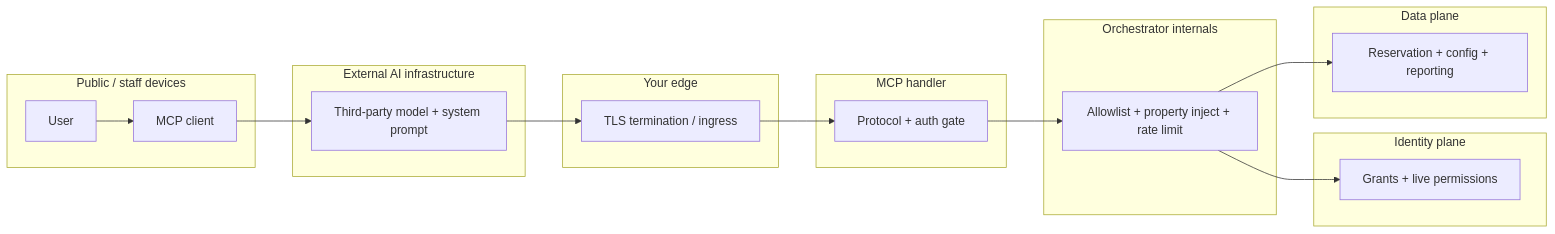
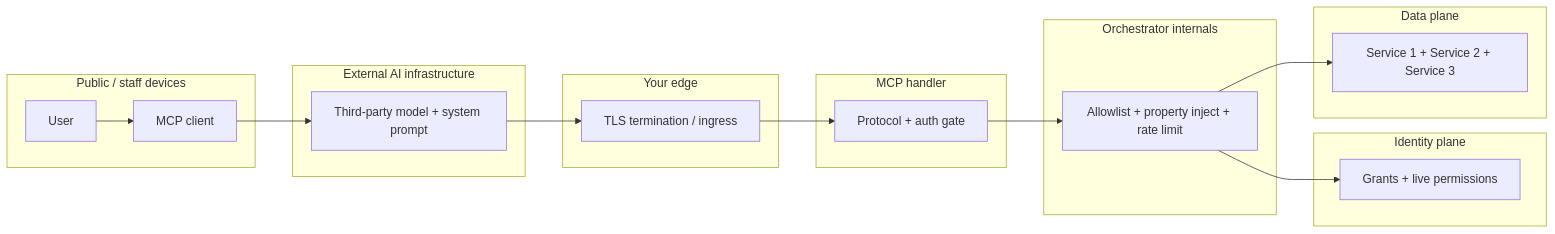
Before and after one commit to sahsisunny/Personal-Portfolio: the sixth of 10 diagrams in content/blog/hotel-pms-mcp-tool-server.mdx, drawn with Mermaid. The commit also changed other lines of this file and 5 other files, not shown here.

Commit message:
refactor(content): anonymize internal service names to Service 1/2/3 and fix sequence diagram syntax

````diff
--- a/content/blog/hotel-pms-mcp-tool-server.mdx
+++ b/content/blog/hotel-pms-mcp-tool-server.mdx
@@ -224,28 +224,28 @@
 ```mermaid
 flowchart LR
   subgraph TB0["Public / staff devices"]
     U["User"]
     CL["MCP client"]
   end
   subgraph TB1["External AI infrastructure"]
     MOD["Third-party model + system prompt"]
   end
   subgraph TB2["Your edge"]
     LB["TLS termination / ingress"]
   end
   subgraph TB3["MCP handler"]
     H["Protocol + auth gate"]
   end
   subgraph TB4["Orchestrator internals"]
     FIL["Allowlist + property inject + rate limit"]
   end
   subgraph TB5["Identity plane"]
     ID["Grants + live permissions"]
   end
   subgraph TB6["Data plane"]
-    DATA["Reservation + config + reporting"]
+    DATA["Service 1 + Service 2 + Service 3"]
   end
 
   U --> CL --> MOD --> LB --> H --> FIL --> ID
   FIL --> DATA
 ```
````
